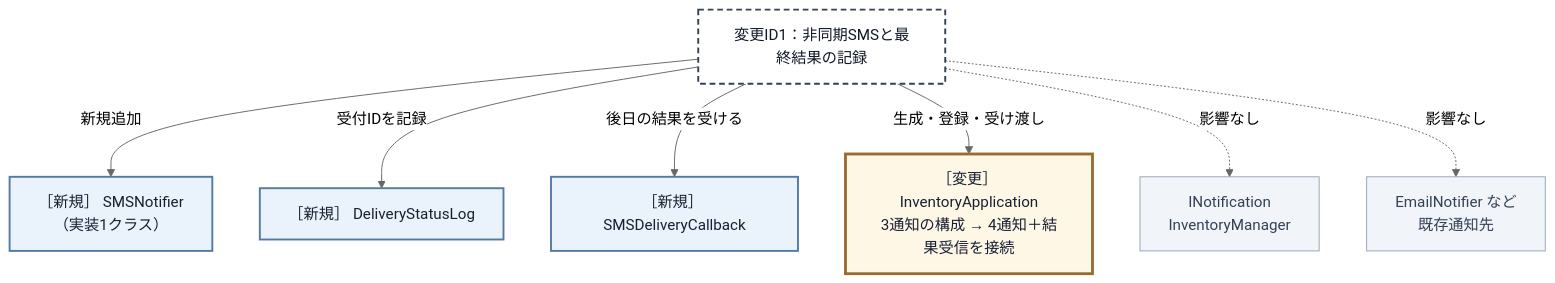
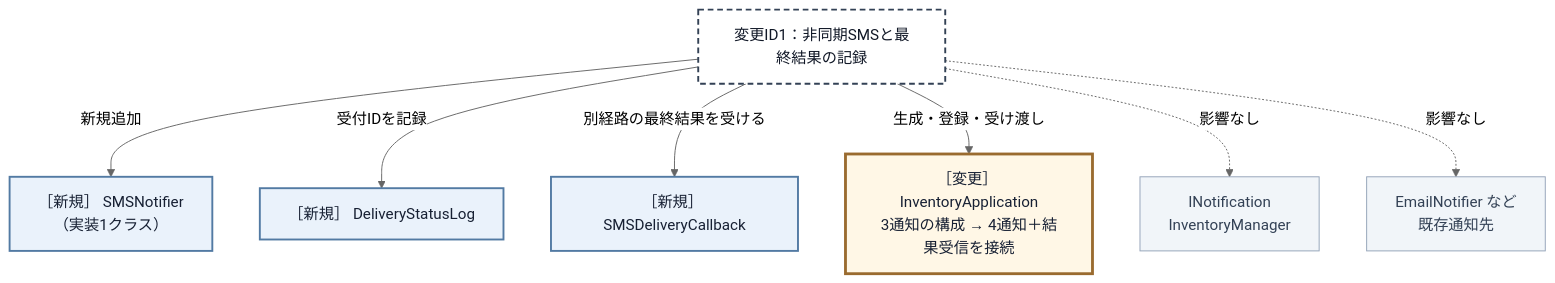
Diagram 18 of 19 in kindle/design-patterns/books/volume01-core-patterns/output/05-chapter03.md (kumachan1101-pixel/DesignPattern), drawn with Mermaid (neutral theme) before and after one commit. The commit also changed other lines of this file and 3 other files, not shown here.

````diff
--- a/kindle/design-patterns/books/volume01-core-patterns/output/05-chapter03.md
+++ b/kindle/design-patterns/books/volume01-core-patterns/output/05-chapter03.md
@@ -2842,15 +2848,15 @@
 ```mermaid
 graph TD
     T1["変更ID1：非同期SMSと最終結果の記録"]:::req
         -->|新規追加| N1["［新規］ SMSNotifier<br>（実装1クラス）"]:::added
     T1 -->|受付IDを記録| N2["［新規］ DeliveryStatusLog"]:::added
-    T1 -->|後日の結果を受ける| N3["［新規］ SMSDeliveryCallback"]:::added
+    T1 -->|別経路の最終結果を受ける| N3["［新規］ SMSDeliveryCallback"]:::added
     T1 -->|生成・登録・受け渡し| N4["［変更］ InventoryApplication<br>3通知の構成 → 4通知＋結果受信を接続"]:::touched
     T1 -. "影響なし" .-> A["INotification<br>InventoryManager"]:::keep
     T1 -. "影響なし" .-> B["EmailNotifier など<br>既存通知先"]:::keep
 
     classDef req fill:#ffffff,stroke:#334155,stroke-width:2px,stroke-dasharray:6 4,color:#111827;
     classDef keep fill:#f1f5f9,stroke:#94a3b8,color:#334155;
     classDef added fill:#eaf2fb,stroke:#527aa3,stroke-width:2px,color:#172033;
     classDef touched fill:#fff7e6,stroke:#9a6b2f,stroke-width:3px,color:#172033;
 ```
````
